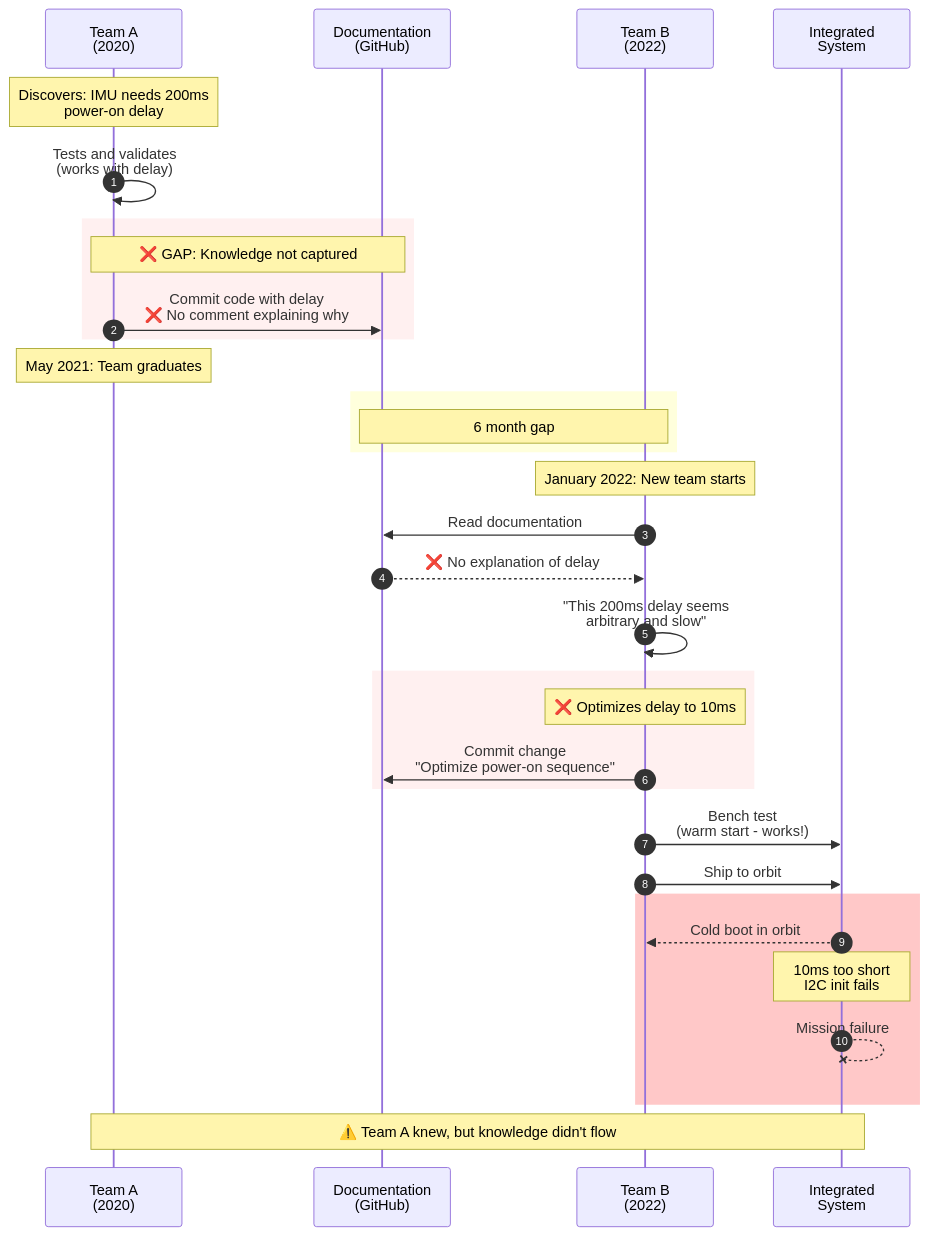
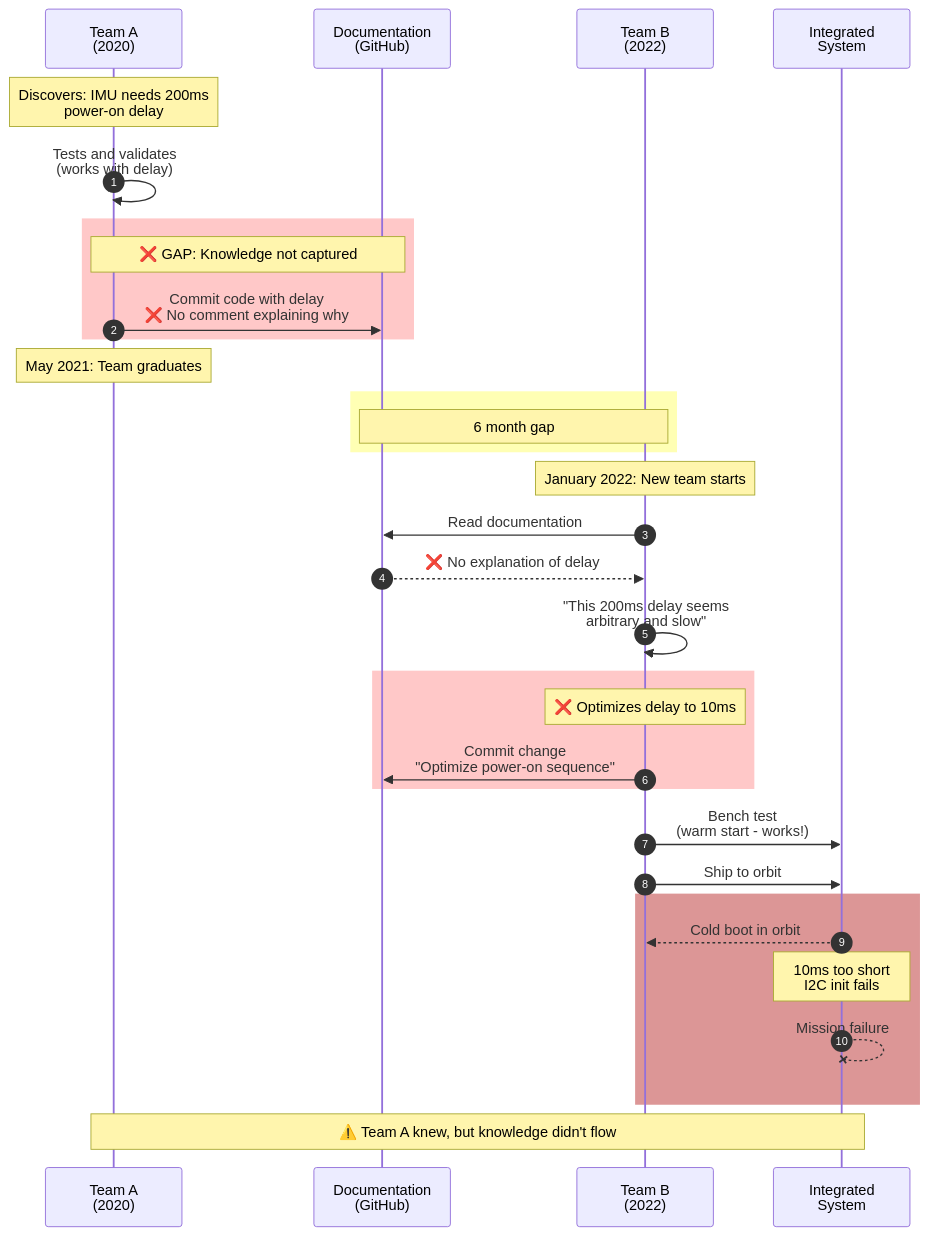
Before and after one commit to Lizo-RoadTown/PROVES_LIBRARY: the sixth of 9 diagrams in docs/diagrams/team-boundaries.md, drawn with Mermaid. The commit also changed 3 other files, not shown here.

First line of the commit message:
Fix temporal ordering diagram color visibility

````diff
--- a/docs/diagrams/team-boundaries.md
+++ b/docs/diagrams/team-boundaries.md
@@ -289,47 +289,47 @@
 ```mermaid
 sequenceDiagram
     autonumber
     participant TeamA as Team A<br/>(2020)
     participant Docs as Documentation<br/>(GitHub)
     participant TeamB as Team B<br/>(2022)
     participant System as Integrated<br/>System
 
     Note over TeamA: Discovers: IMU needs 200ms<br/>power-on delay
 
     TeamA->>TeamA: Tests and validates<br/>(works with delay)
 
-    rect rgb(255, 240, 240)
+    rect rgb(255, 200, 200)
         Note over TeamA,Docs: ❌ GAP: Knowledge not captured
         TeamA->>Docs: Commit code with delay<br/>❌ No comment explaining why
     end
 
     Note over TeamA: May 2021: Team graduates
 
-    rect rgb(255, 255, 220)
+    rect rgb(255, 255, 180)
         Note over Docs,TeamB: 6 month gap
     end
 
     Note over TeamB: January 2022: New team starts
 
     TeamB->>Docs: Read documentation
     Docs-->>TeamB: ❌ No explanation of delay
 
     TeamB->>TeamB: "This 200ms delay seems<br/>arbitrary and slow"
 
-    rect rgb(255, 240, 240)
+    rect rgb(255, 200, 200)
         Note over TeamB: ❌ Optimizes delay to 10ms
         TeamB->>Docs: Commit change<br/>"Optimize power-on sequence"
     end
 
     TeamB->>System: Bench test<br/>(warm start - works!)
 
     TeamB->>System: Ship to orbit
 
-    rect rgb(255, 200, 200)
+    rect rgb(220, 150, 150)
         System-->>TeamB: Cold boot in orbit
         Note over System: 10ms too short<br/>I2C init fails
         System--XSystem: Mission failure
     end
 
     Note over TeamA,System: ⚠️ Team A knew, but knowledge didn't flow
 ```
````
